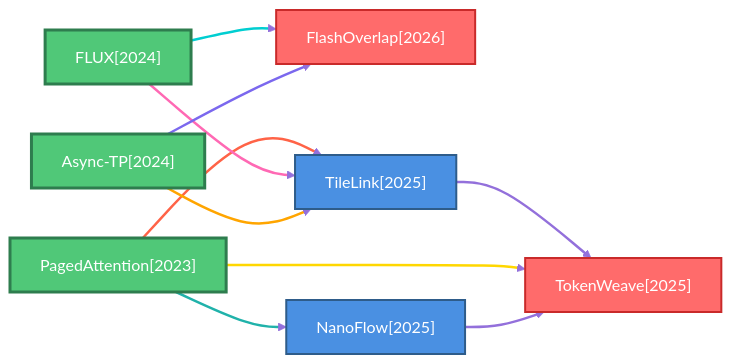
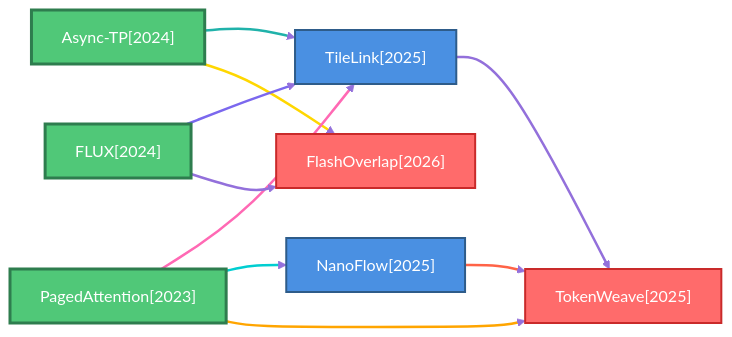
The first of 6 diagrams in docs/baseline_methods_graph.md (hustzxd/EfficientPaper), drawn with Mermaid before and after one commit. The commit also changed other lines of this file and 9 other files, not shown here.

````diff
--- a/docs/baseline_methods_graph.md
+++ b/docs/baseline_methods_graph.md
@@ -11,41 +11,41 @@
 ```mermaid
 flowchart LR
     classDef defaultNode fill:#4A90E2,stroke:#2E5C8A,stroke-width:2px,color:#fff
     classDef rootNode fill:#50C878,stroke:#2E7D4E,stroke-width:3px,color:#fff
     classDef leafNode fill:#FF6B6B,stroke:#C92A2A,stroke-width:2px,color:#fff
     linkStyle default stroke:#9370DB,stroke-width:2px
 
+    2025_TileLink["TileLink[2025]"]
+    class 2025_TileLink defaultNode
+    2025_TokenWeave["TokenWeave[2025]"]
+    class 2025_TokenWeave leafNode
     2026_FlashOverlap["FlashOverlap[2026]"]
     class 2026_FlashOverlap leafNode
-    2025_TileLink["TileLink[2025]"]
-    class 2025_TileLink defaultNode
+    2025_NanoFlow["NanoFlow[2025]"]
+    class 2025_NanoFlow defaultNode
+    2024_Async_TP["Async-TP[2024]"]
+    class 2024_Async_TP rootNode
     2023_PagedAttention["PagedAttention[2023]"]
     class 2023_PagedAttention rootNode
     2024_FLUX["FLUX[2024]"]
     class 2024_FLUX rootNode
-    2024_Async_TP["Async-TP[2024]"]
-    class 2024_Async_TP rootNode
-    2025_NanoFlow["NanoFlow[2025]"]
-    class 2025_NanoFlow defaultNode
-    2025_TokenWeave["TokenWeave[2025]"]
-    class 2025_TokenWeave leafNode
 
     2025_TileLink ==>|" "| 2025_TokenWeave
     linkStyle 0 stroke:#9370DB,stroke-width:2.5px
+    2025_NanoFlow ==>|" "| 2025_TokenWeave
+    linkStyle 1 stroke:#FF6347,stroke-width:2.5px
+    2024_Async_TP ==>|" "| 2025_TileLink
+    linkStyle 2 stroke:#20B2AA,stroke-width:2.5px
+    2024_Async_TP ==>|" "| 2026_FlashOverlap
+    linkStyle 3 stroke:#FFD700,stroke-width:2.5px
     2023_PagedAttention ==>|" "| 2025_TileLink
-    linkStyle 1 stroke:#FF6347,stroke-width:2.5px
+    linkStyle 4 stroke:#FF69B4,stroke-width:2.5px
     2023_PagedAttention ==>|" "| 2025_NanoFlow
-    linkStyle 2 stroke:#20B2AA,stroke-width:2.5px
+    linkStyle 5 stroke:#00CED1,stroke-width:2.5px
     2023_PagedAttention ==>|" "| 2025_TokenWeave
-    linkStyle 3 stroke:#FFD700,stroke-width:2.5px
+    linkStyle 6 stroke:#FFA500,stroke-width:2.5px
     2024_FLUX ==>|" "| 2025_TileLink
-    linkStyle 4 stroke:#FF69B4,stroke-width:2.5px
+    linkStyle 7 stroke:#7B68EE,stroke-width:2.5px
     2024_FLUX ==>|" "| 2026_FlashOverlap
-    linkStyle 5 stroke:#00CED1,stroke-width:2.5px
-    2024_Async_TP ==>|" "| 2025_TileLink
-    linkStyle 6 stroke:#FFA500,stroke-width:2.5px
-    2024_Async_TP ==>|" "| 2026_FlashOverlap
-    linkStyle 7 stroke:#7B68EE,stroke-width:2.5px
-    2025_NanoFlow ==>|" "| 2025_TokenWeave
     linkStyle 8 stroke:#9370DB,stroke-width:2.5px
 ```
````
